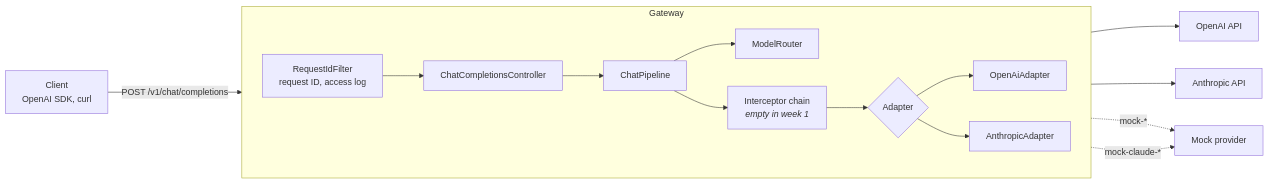
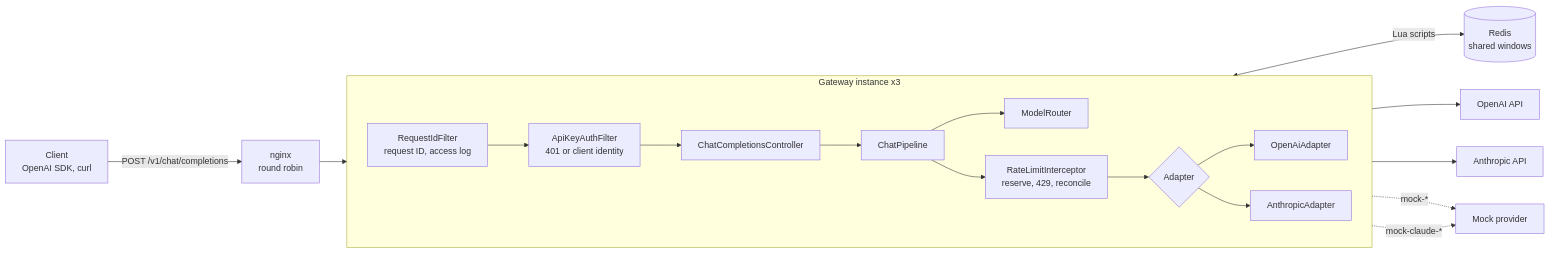
The diagram in README.md (arsheen2244/llm-gateway), drawn with Mermaid before and after one commit. The commit also changed other lines of this file and 1 other file, not shown here.

First line of the commit message:
README and CLAUDE.md for week 2

````diff
--- a/README.md
+++ b/README.md
@@ -92,20 +104,23 @@
 ```mermaid
 flowchart LR
-    C[Client<br/>OpenAI SDK, curl] -->|POST /v1/chat/completions| F
+    C[Client<br/>OpenAI SDK, curl] -->|POST /v1/chat/completions| N[nginx<br/>round robin]
+    N --> F
 
-    subgraph GW[Gateway]
+    subgraph GW[Gateway instance x3]
         direction LR
-        F[RequestIdFilter<br/>request ID, access log] --> CT[ChatCompletionsController]
+        F[RequestIdFilter<br/>request ID, access log] --> K[ApiKeyAuthFilter<br/>401 or client identity]
+        K --> CT[ChatCompletionsController]
         CT --> P[ChatPipeline]
         P --> R[ModelRouter]
-        P --> IC[Interceptor chain<br/><i>empty in week 1</i>]
-        IC --> A{Adapter}
+        P --> RL[RateLimitInterceptor<br/>reserve, 429, reconcile]
+        RL --> A{Adapter}
         A --> OA[OpenAiAdapter]
         A --> AA[AnthropicAdapter]
     end
 
+    RL <-->|Lua scripts| RD[(Redis<br/>shared windows)]
     OA --> OAPI[OpenAI API]
     AA --> AAPI[Anthropic API]
     OA -. mock-* .-> M[Mock provider]
     AA -. mock-claude-* .-> M
 ```
````
